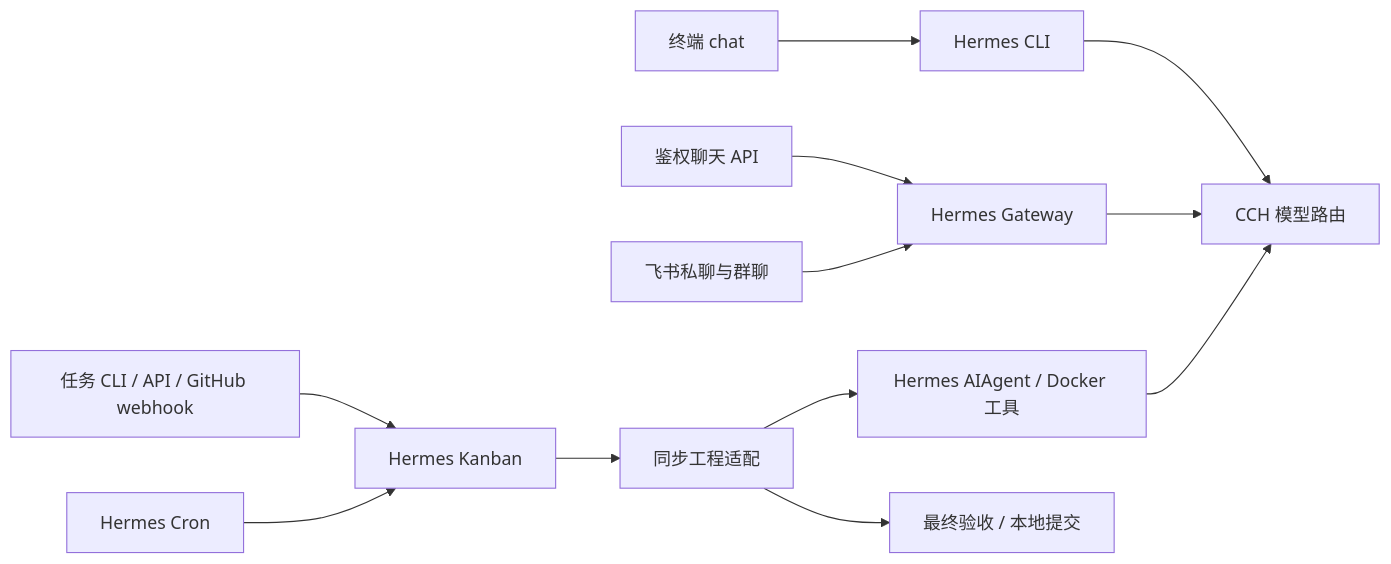
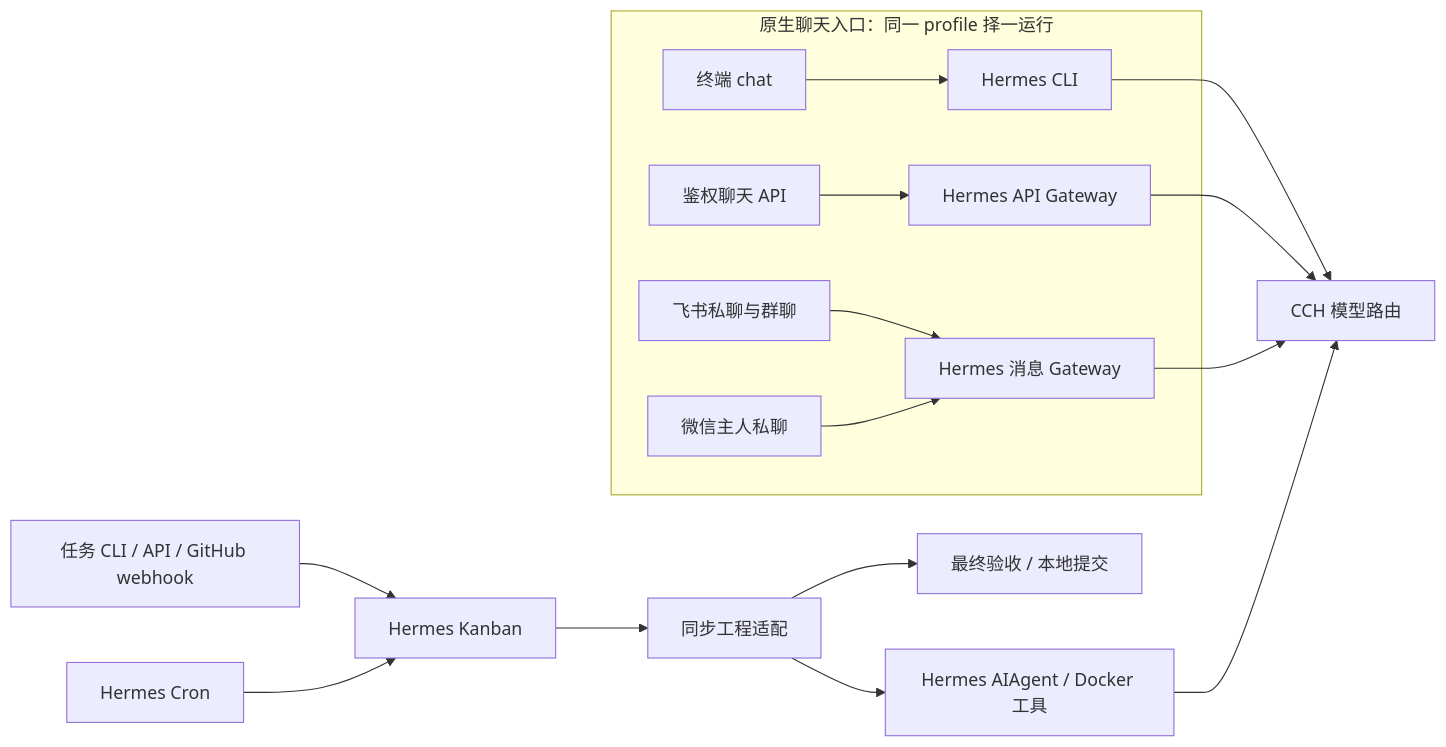
Before and after one commit to Ceng-0324/MIKASA: the diagram in docs/architecture/README.md, drawn with Mermaid. The commit also changed 5 other files, not shown here.

````diff
--- a/docs/architecture/README.md
+++ b/docs/architecture/README.md
@@ -7,14 +7,18 @@
 ```mermaid
 flowchart LR
-    CLI[终端 chat] --> H[Hermes CLI]
-    HTTP[鉴权聊天 API] --> G[Hermes Gateway]
-    F[飞书私聊与群聊] --> G
+    subgraph Chat[原生聊天入口：同一 profile 择一运行]
+        CLI[终端 chat] --> H[Hermes CLI]
+        HTTP[鉴权聊天 API] --> AG[Hermes API Gateway]
+        F[飞书私聊与群聊] --> MG[Hermes 消息 Gateway]
+        WX[微信主人私聊] --> MG
+    end
     H --> CCH[CCH 模型路由]
-    G --> CCH
+    AG --> CCH
+    MG --> CCH
     T[任务 CLI / API / GitHub webhook] --> K[Hermes Kanban]
     CR[Hermes Cron] --> K
     K --> W[同步工程适配]
     W --> A[Hermes AIAgent / Docker 工具]
     A --> CCH
     W --> V[最终验收 / 本地提交]
 ```
````
